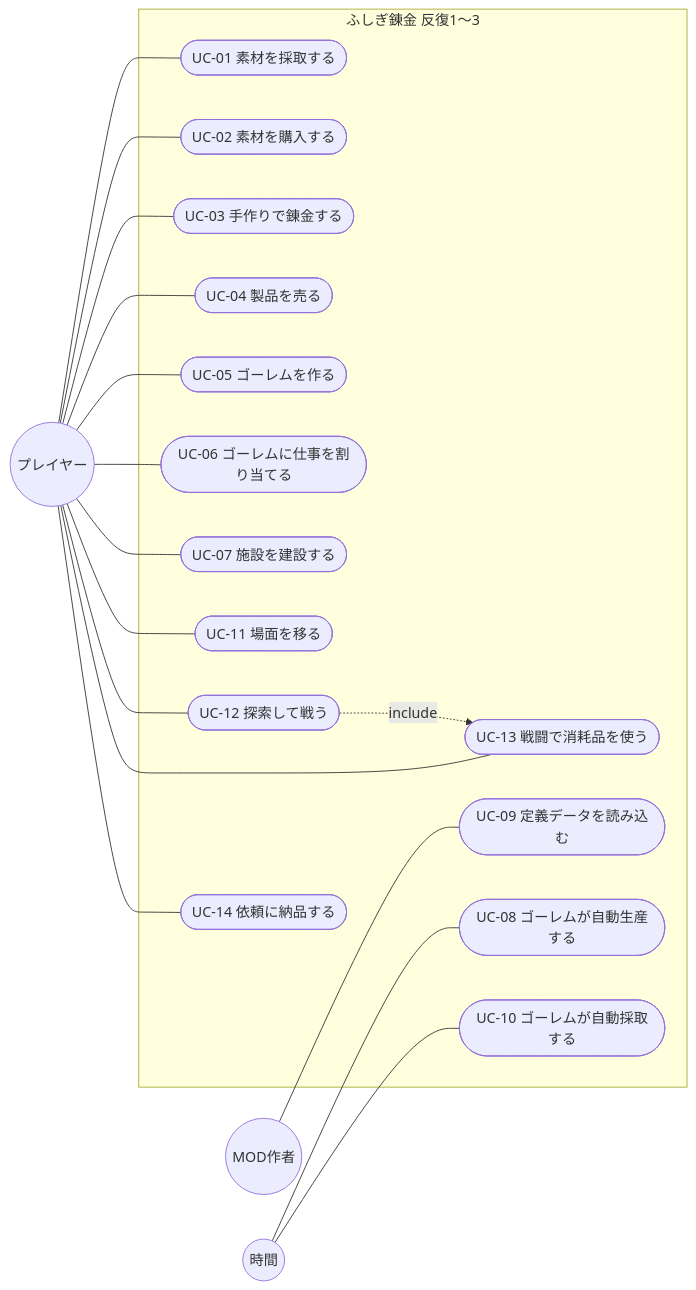
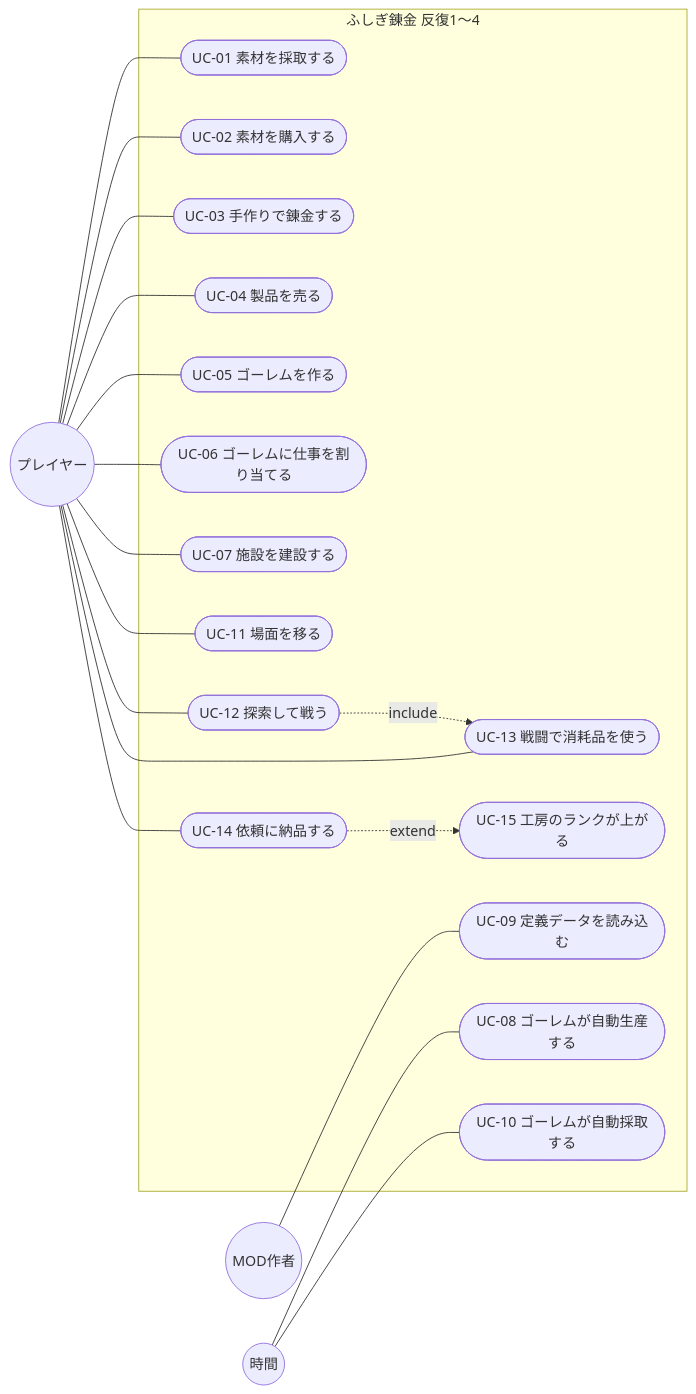
One commit to sakana396/fushigi_renkin changed the diagram in docs/02_requirements/use-cases.md. Above: the diagram before and after it, drawn with Mermaid. The commit also changed other lines of this file and 2 other files, not shown here.

````diff
--- a/docs/02_requirements/use-cases.md
+++ b/docs/02_requirements/use-cases.md
@@ -18,37 +18,39 @@
 ```mermaid
 flowchart LR
   P((プレイヤー))
   M((MOD作者))
   T((時間))
-  subgraph ふしぎ錬金[ふしぎ錬金 反復1〜3]
+  subgraph ふしぎ錬金[ふしぎ錬金 反復1〜4]
     UC01([UC-01 素材を採取する])
     UC02([UC-02 素材を購入する])
     UC03([UC-03 手作りで錬金する])
     UC04([UC-04 製品を売る])
     UC05([UC-05 ゴーレムを作る])
     UC06([UC-06 ゴーレムに仕事を割り当てる])
     UC07([UC-07 施設を建設する])
     UC08([UC-08 ゴーレムが自動生産する])
     UC09([UC-09 定義データを読み込む])
     UC10([UC-10 ゴーレムが自動採取する])
     UC11([UC-11 場面を移る])
     UC12([UC-12 探索して戦う])
     UC13([UC-13 戦闘で消耗品を使う])
     UC14([UC-14 依頼に納品する])
+    UC15([UC-15 工房のランクが上がる])
   end
   P --- UC01
   P --- UC02
   P --- UC03
   P --- UC04
   P --- UC05
   P --- UC06
   P --- UC07
   T --- UC08
   T --- UC10
   P --- UC11
   P --- UC12
   P --- UC13
   P --- UC14
   UC12 -. include .-> UC13
+  UC14 -. extend .-> UC15
   M --- UC09
 ```
````
